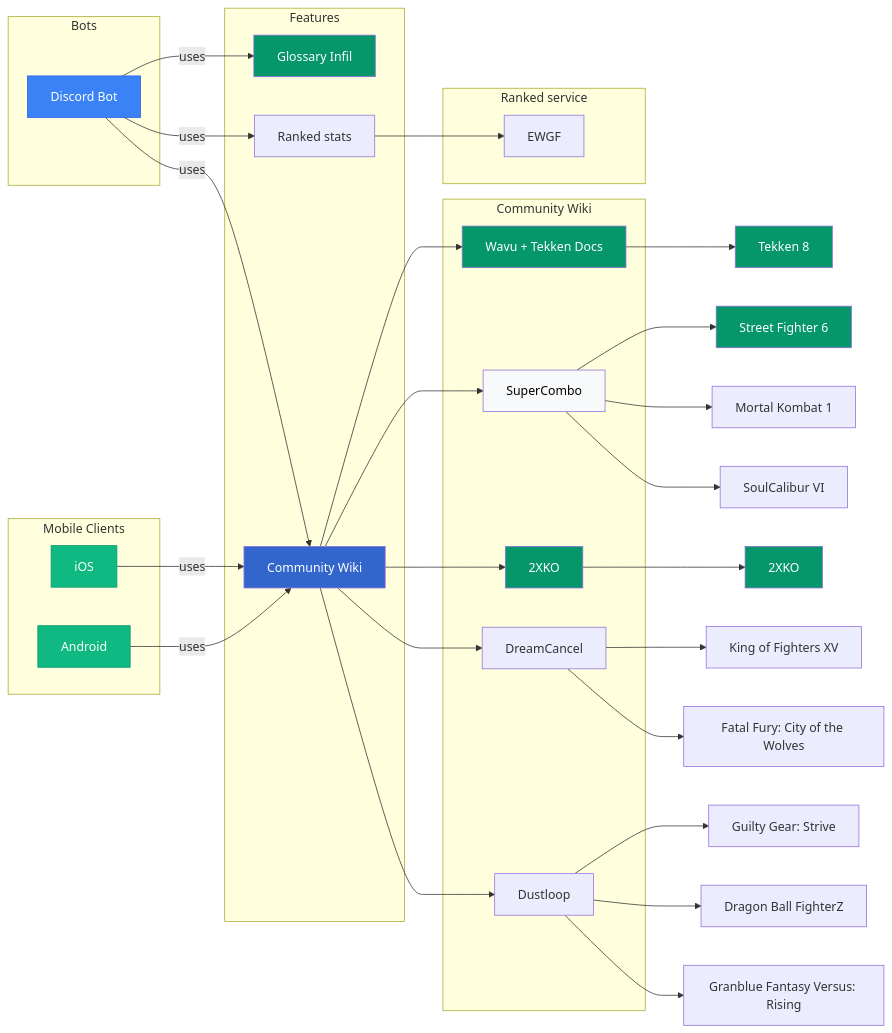
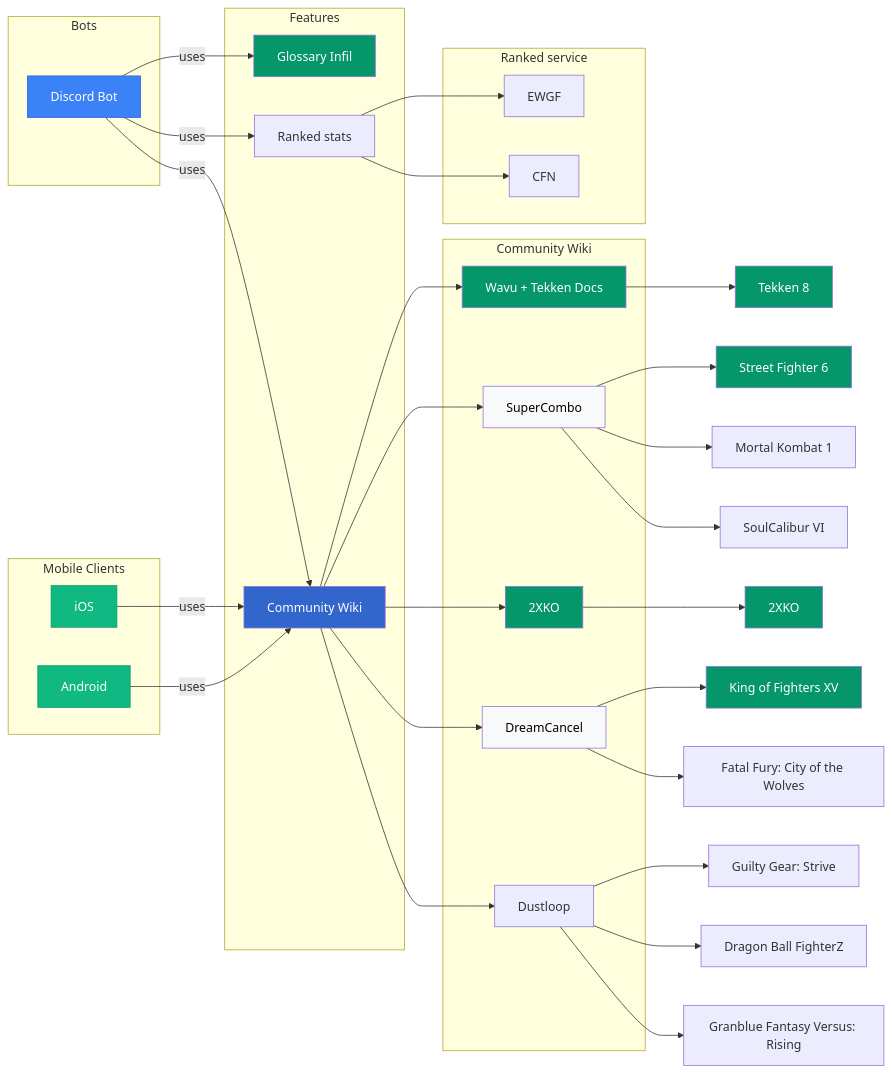
The diagram in mermaid/modules.mmd (Sophon/FightingNerd), drawn with Mermaid before and after one commit. The commit also changed 4 other files, not shown here.

```diff
--- a/mermaid/modules.mmd
+++ b/mermaid/modules.mmd
@@ -1,66 +1,70 @@
 graph LR
     subgraph Bots
         discordBot[Discord Bot]
     end
 
     subgraph "Mobile Clients"
         android[Android]
         iOS[iOS]
     end
 
     subgraph Features
         glossaryInfil[Glossary Infil]
         communityWiki[Community Wiki]
         elo[Ranked stats]
     end
 
     subgraph Community Wiki
         wikiWavu[Wavu + Tekken Docs]
         supercombo[SuperCombo]
         2xko[2XKO]
         dustloop[Dustloop]
         dreamcancel[DreamCancel]
     end
 
     subgraph Ranked service
         ewgf[EWGF]
+        cfn[CFN]
     end
 
     android -->|uses| communityWiki
     iOS -->|uses| communityWiki
 
     discordBot -->|uses| glossaryInfil
     discordBot -->|uses| communityWiki
     discordBot -->|uses| elo
 
     communityWiki --> wikiWavu
     communityWiki --> supercombo
     communityWiki --> 2xko
     communityWiki --> dreamcancel
     communityWiki --> dustloop
 
     elo --> ewgf
+    elo --> cfn
 
     wikiWavu --> t8[Tekken 8]
     supercombo --> sf6[Street Fighter 6]
     supercombo --> mk1[Mortal Kombat 1]
     supercombo --> sc6[SoulCalibur VI]
     dustloop --> ggst[Guilty Gear: Strive]
     dustloop --> dbfz[Dragon Ball FighterZ]
     dustloop --> gbvsr[Granblue Fantasy Versus: Rising]
     2xko --> xko[2XKO]
     dreamcancel --> kof15[King of Fighters XV]
     dreamcancel --> cotw[Fatal Fury: City of the Wolves]
 
 
     style discordBot fill:#3B82F6,stroke:#2563EB,color:#fff
     style android fill:#10B981,stroke:#059669,color:#fff
     style iOS fill:#10B981,stroke:#059669,color:#fff
     style glossaryInfil fill:#059669,color:#fff
     style communityWiki fill:#3366CC,color:#fff
     style wikiWavu fill:#059669,color:#fff
     style supercombo fill:#F8F9FA,color:#000000
+    style dreamcancel fill:#F8F9FA,color:#000000
     style 2xko fill:#059669,color:#fff
     style t8 fill:#059669, color:#fff
     style sf6 fill:#059669, color:#fff
     style xko fill:#059669, color:#fff
+    style kof15 fill:#059669,color:#fff
```
